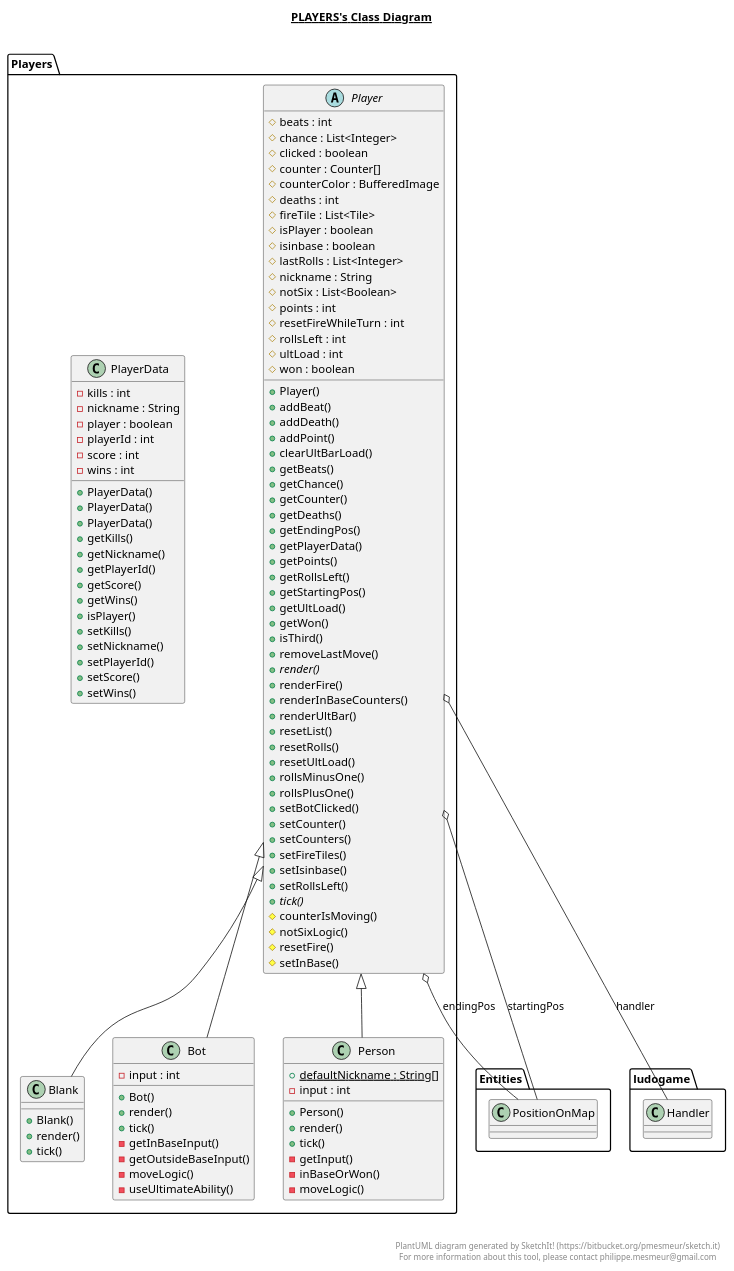
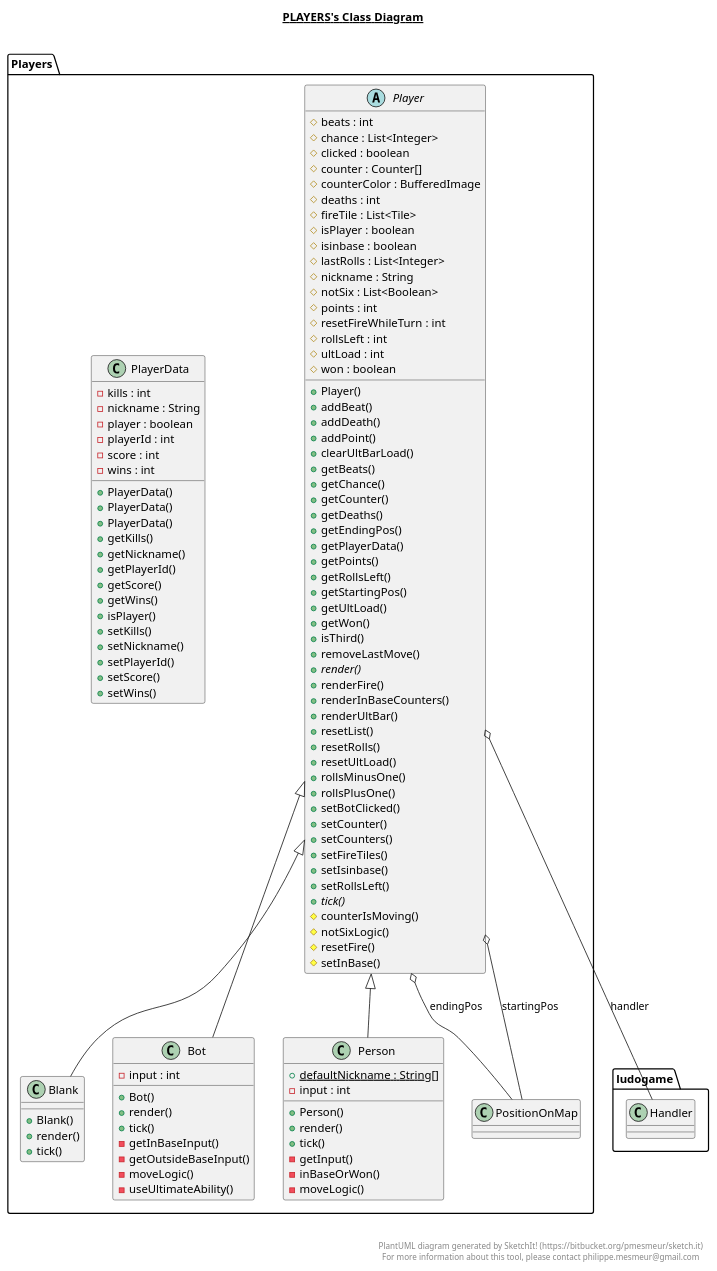
The diagram in src/Players/Players.plantuml (KrystianOg/Ludo-Legends), drawn with PlantUML before and after one commit. The commit also changed 44 other files, not shown here.

```diff
--- a/src/Players/Players.plantuml
+++ b/src/Players/Players.plantuml
@@ -1,144 +1,144 @@
 @startuml
 
 title __PLAYERS's Class Diagram__\n
 
   namespace Players {
     class Players.Blank {
         + Blank()
         + render()
         + tick()
     }
   }
   
 
   namespace Players {
     class Players.Bot {
         - input : int
         + Bot()
         + render()
         + tick()
         - getInBaseInput()
         - getOutsideBaseInput()
         - moveLogic()
         - useUltimateAbility()
     }
   }
   
 
   namespace Players {
     class Players.Person {
         {static} + defaultNickname : String[]
         - input : int
         + Person()
         + render()
         + tick()
         - getInput()
         - inBaseOrWon()
         - moveLogic()
     }
   }
   
 
   namespace Players {
     abstract class Players.Player {
         # beats : int
         # chance : List<Integer>
         # clicked : boolean
         # counter : Counter[]
         # counterColor : BufferedImage
         # deaths : int
         # fireTile : List<Tile>
         # isPlayer : boolean
         # isinbase : boolean
         # lastRolls : List<Integer>
         # nickname : String
         # notSix : List<Boolean>
         # points : int
         # resetFireWhileTurn : int
         # rollsLeft : int
         # ultLoad : int
         # won : boolean
         + Player()
         + addBeat()
         + addDeath()
         + addPoint()
         + clearUltBarLoad()
         + getBeats()
         + getChance()
         + getCounter()
         + getDeaths()
         + getEndingPos()
         + getPlayerData()
         + getPoints()
         + getRollsLeft()
         + getStartingPos()
         + getUltLoad()
         + getWon()
         + isThird()
         + removeLastMove()
         {abstract} + render()
         + renderFire()
         + renderInBaseCounters()
         + renderUltBar()
         + resetList()
         + resetRolls()
         + resetUltLoad()
         + rollsMinusOne()
         + rollsPlusOne()
         + setBotClicked()
         + setCounter()
         + setCounters()
         + setFireTiles()
         + setIsinbase()
         + setRollsLeft()
         {abstract} + tick()
         # counterIsMoving()
         # notSixLogic()
         # resetFire()
         # setInBase()
     }
   }
   
 
   namespace Players {
     class Players.PlayerData {
         - kills : int
         - nickname : String
         - player : boolean
         - playerId : int
         - score : int
         - wins : int
         + PlayerData()
         + PlayerData()
         + PlayerData()
         + getKills()
         + getNickname()
         + getPlayerId()
         + getScore()
         + getWins()
         + isPlayer()
         + setKills()
         + setNickname()
         + setPlayerId()
         + setScore()
         + setWins()
     }
   }
   
 
   Players.Blank -up-|> Players.Player
   Players.Bot -up-|> Players.Player
   Players.Person -up-|> Players.Player
-  Players.Player o-- Entities.PositionOnMap : endingPos
+  Players.Player o-- Players.PositionOnMap : endingPos
   Players.Player o-- ludogame.Handler : handler
-  Players.Player o-- Entities.PositionOnMap : startingPos
+  Players.Player o-- Players.PositionOnMap : startingPos
 
 
 right footer
 
 
 PlantUML diagram generated by SketchIt! (https://bitbucket.org/pmesmeur/sketch.it)
 For more information about this tool, please contact philippe.mesmeur@gmail.com
 endfooter
 
 @enduml
```
